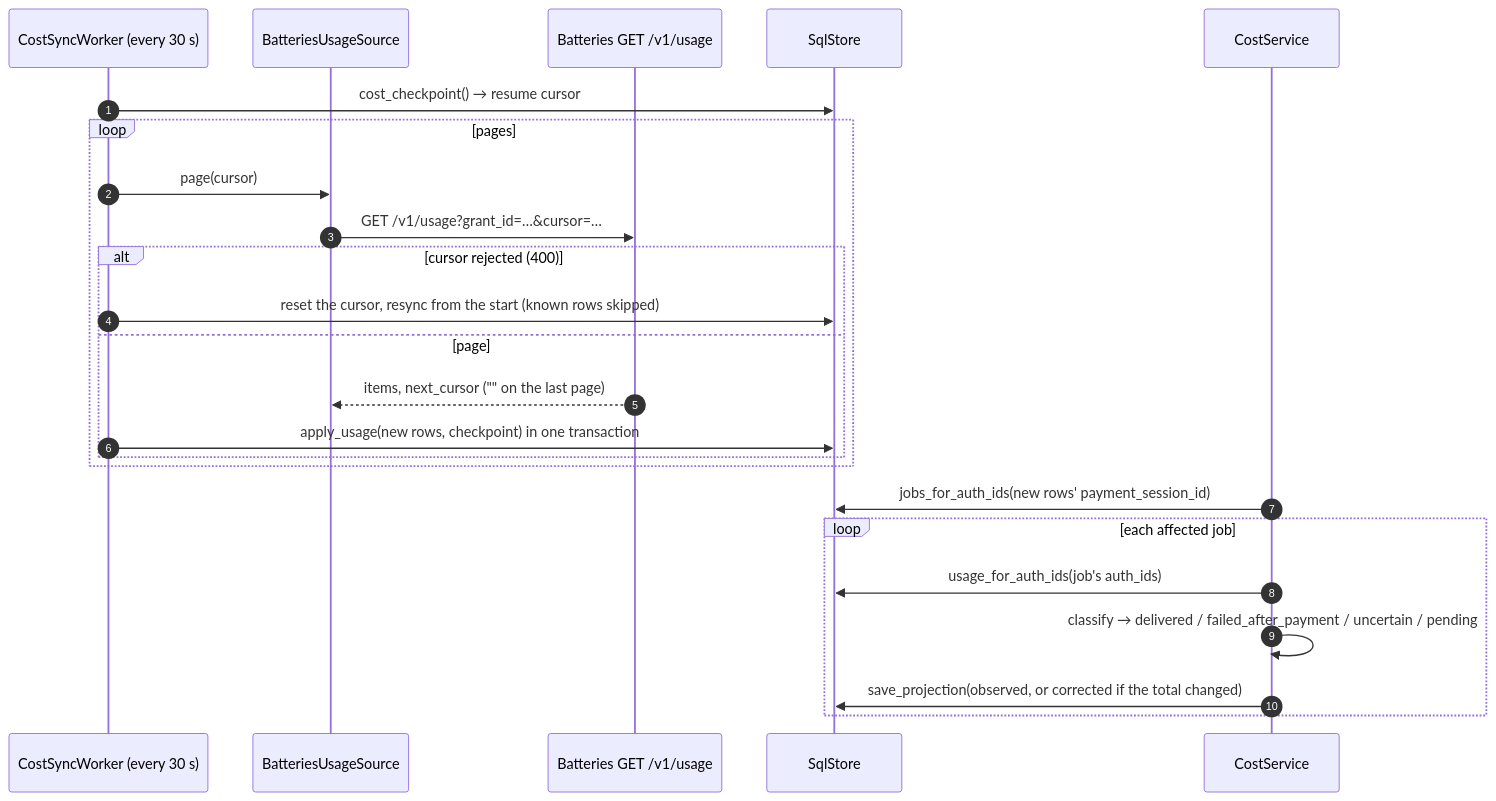
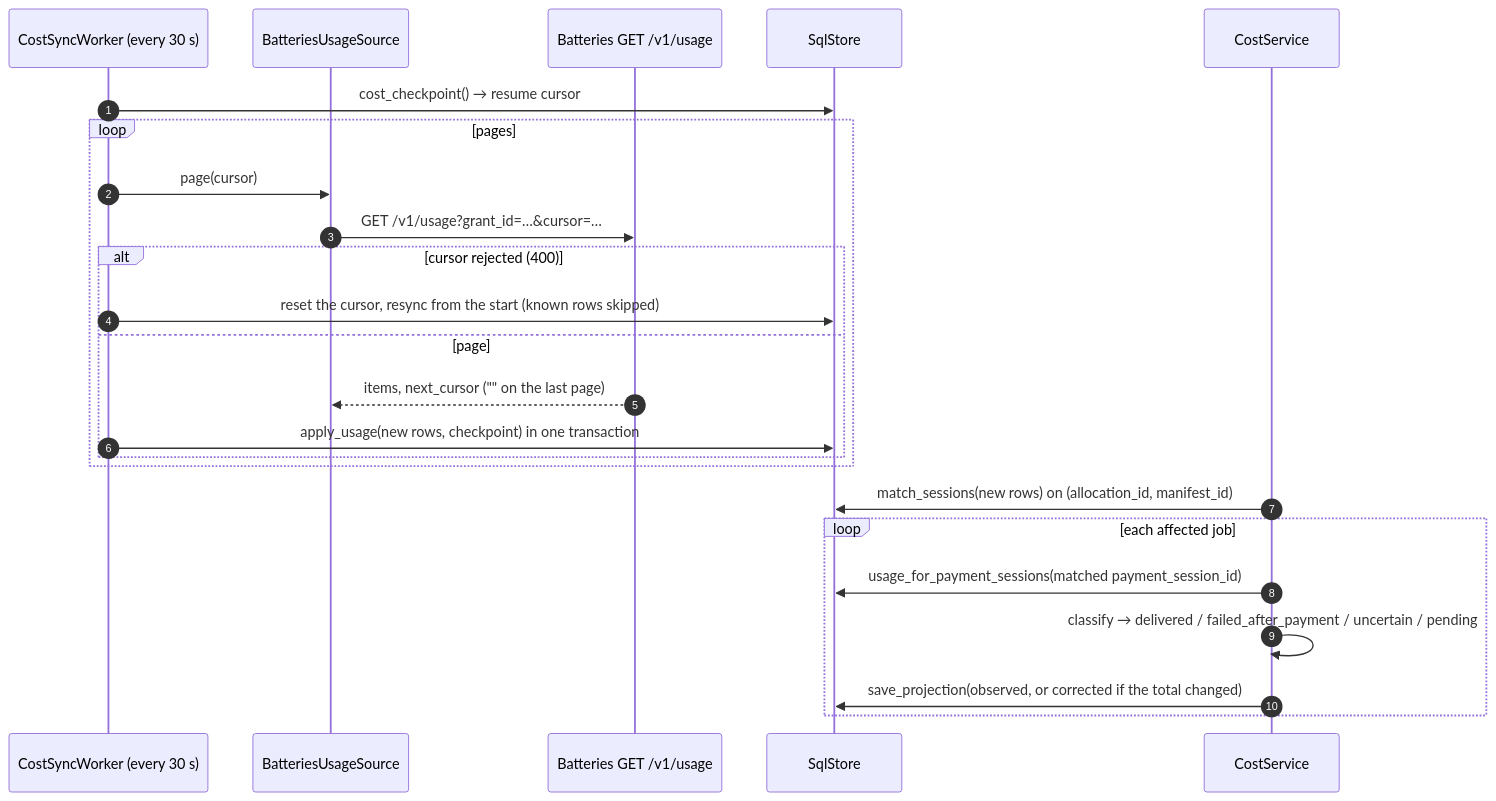
The seventh of 12 diagrams in docs/design-docs/architecture-diagrams.md (NE-Build-Track/livepeer-builder-core), drawn with Mermaid before and after one commit. The commit also changed other lines of this file and 49 other files, not shown here.

````diff
--- a/docs/design-docs/architecture-diagrams.md
+++ b/docs/design-docs/architecture-diagrams.md
@@ -234,26 +234,26 @@
 ```mermaid
 sequenceDiagram
     autonumber
     participant W as CostSyncWorker (every 30 s)
     participant U as BatteriesUsageSource
     participant Bat as Batteries GET /v1/usage
     participant DB as SqlStore
     participant C as CostService
     W->>DB: cost_checkpoint() → resume cursor
     loop pages
         W->>U: page(cursor)
         U->>Bat: GET /v1/usage?grant_id=…&cursor=…
         alt cursor rejected (400)
             W->>DB: reset the cursor, resync from the start (known rows skipped)
         else page
             Bat-->>U: items, next_cursor ("" on the last page)
             W->>DB: apply_usage(new rows, checkpoint) in one transaction
         end
     end
-    C->>DB: jobs_for_auth_ids(new rows' payment_session_id)
+    C->>DB: match_sessions(new rows) on (allocation_id, manifest_id)
     loop each affected job
-        C->>DB: usage_for_auth_ids(job's auth_ids)
+        C->>DB: usage_for_payment_sessions(matched payment_session_id)
         C->>C: classify → delivered / failed_after_payment / uncertain / pending
         C->>DB: save_projection(observed, or corrected if the total changed)
     end
 ```
````
